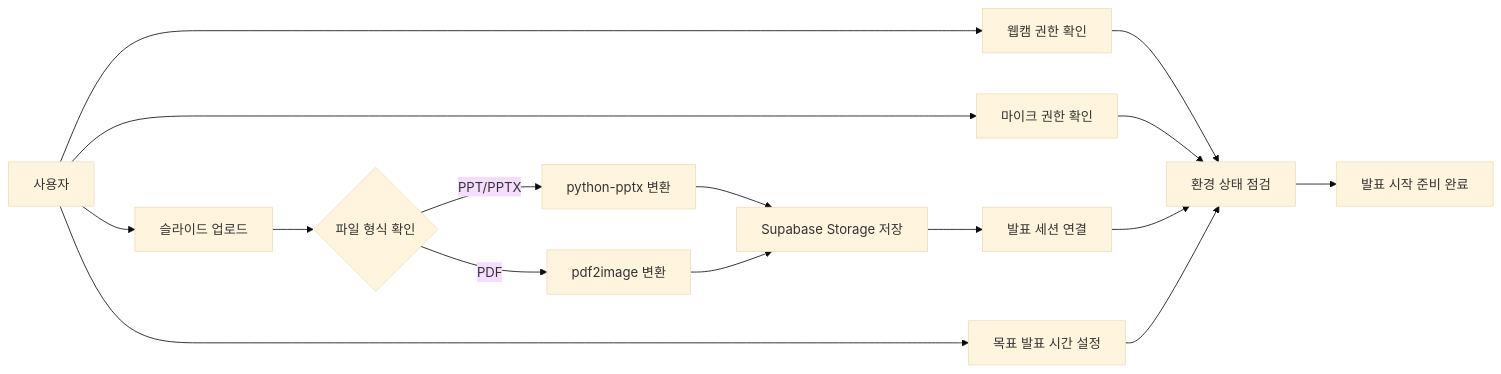
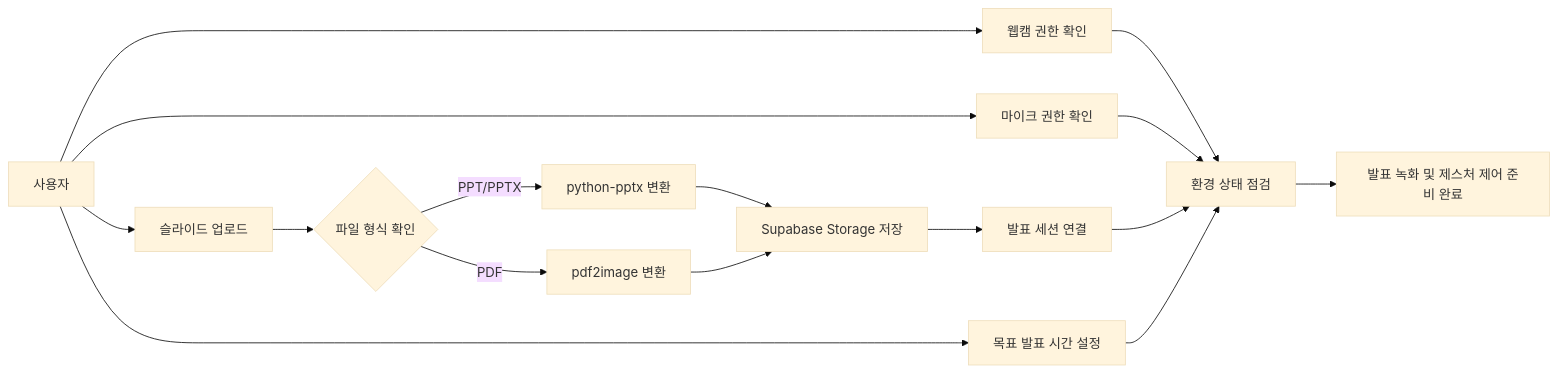
One commit to aikian/presentation changed the diagram in DSD.md. Above: the diagram before and after it, drawn with Mermaid (base theme). The commit also changed other lines of this file, not shown here.

````diff
--- a/DSD.md
+++ b/DSD.md
@@ -195,25 +197,25 @@
 ```mermaid
 flowchart LR
     User["사용자"] --> Upload["슬라이드 업로드"]
 
     Upload --> Branch{"파일 형식 확인"}
 
     Branch -->|"PPT/PPTX"| PPT["python-pptx 변환"]
     Branch -->|"PDF"| PDF["pdf2image 변환"]
 
     PPT --> Storage["Supabase Storage 저장"]
     PDF --> Storage
 
     Storage --> Session["발표 세션 연결"]
 
     User --> Webcam["웹캠 권한 확인"]
     User --> Mic["마이크 권한 확인"]
     User --> Time["목표 발표 시간 설정"]
 
     Webcam --> Check["환경 상태 점검"]
     Mic --> Check
     Session --> Check
     Time --> Check
 
-    Check --> Ready["발표 시작 준비 완료"]
+    Check --> Ready["발표 녹화 및 제스처 제어 준비 완료"]
 ```
````
